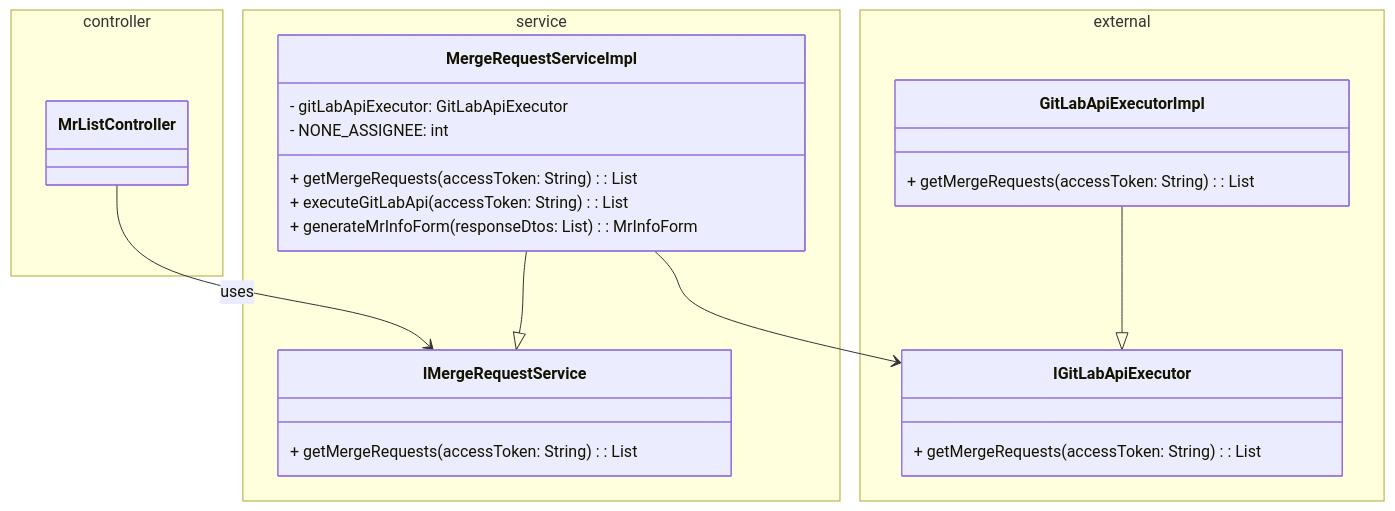
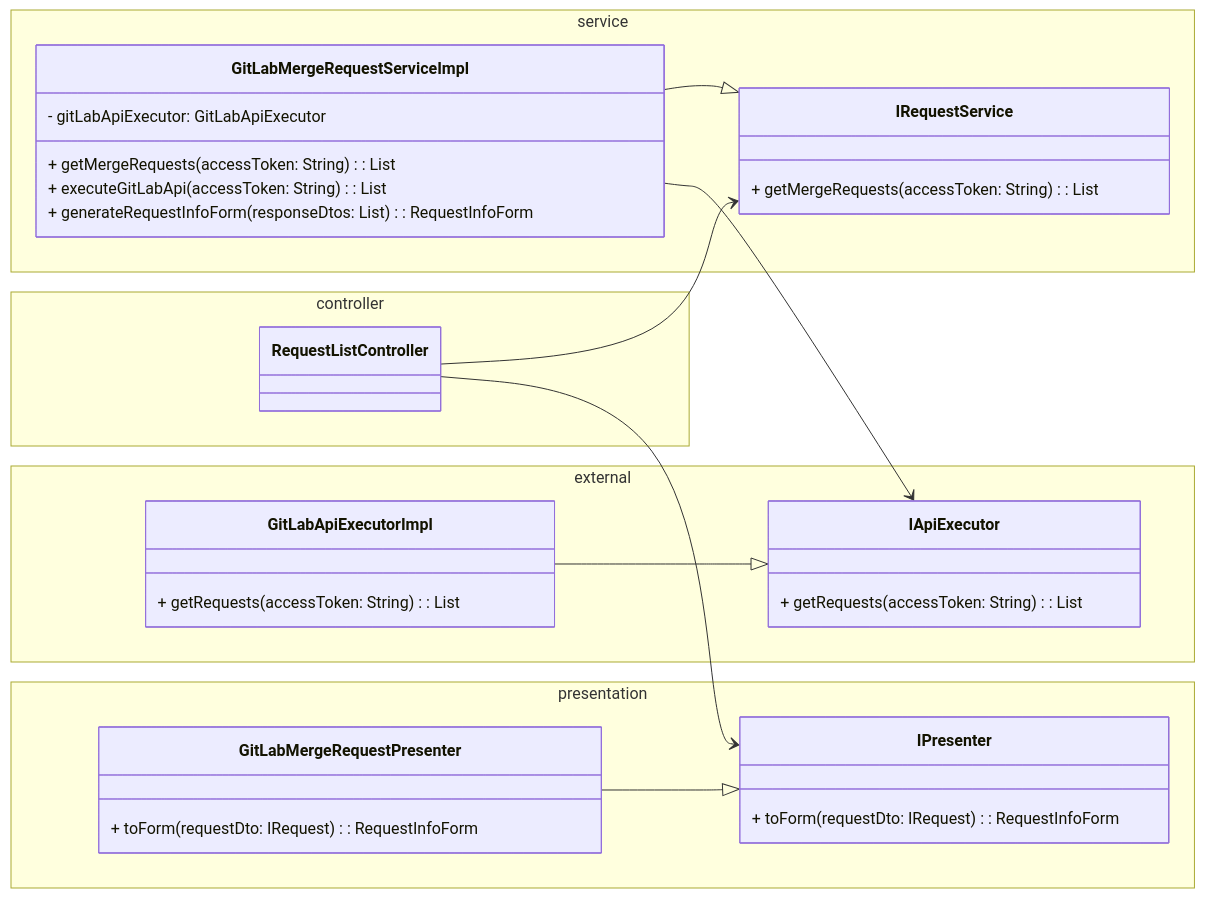
Before and after one commit to tttol/mrls: the diagram in documents/class_after.mmd, drawn with Mermaid. The commit also changed other lines of this file and 1 other file, not shown here.

```diff
--- a/documents/class_after.mmd
+++ b/documents/class_after.mmd
@@ -1,31 +1,50 @@
 classDiagram
+    direction LR
     namespace controller {
-      class MrListController
+      class RequestListController
     }
     namespace service {
-      class IMergeRequestService {
-        + getMergeRequests(accessToken: String): List<MrInfoForm>
+      class IRequestService {
+        + getMergeRequests(accessToken: String): List<RequestInfoForm>
       }
 
-      class MergeRequestServiceImpl {
+      class GitLabMergeRequestServiceImpl {
         - gitLabApiExecutor: GitLabApiExecutor
-        - NONE_ASSIGNEE: int
-        + getMergeRequests(accessToken: String): List<MrInfoForm>
+        + getMergeRequests(accessToken: String): List<RequestInfoForm>
         + executeGitLabApi(accessToken: String): List<GitLabMergeRequestApiResponseDto>
-        + generateMrInfoForm(responseDtos: List<GitLabMergeRequestApiResponseDto>): MrInfoForm
+        + generateRequestInfoForm(responseDtos: List<GitLabMergeRequestApiResponseDto>): RequestInfoForm
       }
     }
     namespace external {
-      class IGitLabApiExecutor {
-        + getMergeRequests(accessToken: String): List<GitLabMergeRequestApiResponseDto>
+      class IApiExecutor {
+        + getRequests(accessToken: String): List<GitLabMergeRequestApiResponseDto>
       }
 
       class GitLabApiExecutorImpl {
-        + getMergeRequests(accessToken: String): List<GitLabMergeRequestApiResponseDto>
+        + getRequests(accessToken: String): List<GitLabMergeRequestApiResponseDto>
       }
     }
 
-    MrListController --> IMergeRequestService : uses
-    MergeRequestServiceImpl --|> IMergeRequestService
-    MergeRequestServiceImpl --> IGitLabApiExecutor
-    GitLabApiExecutorImpl --|> IGitLabApiExecutor
+    namespace presentation {
+      class IPresenter {
+        + toForm (requestDto: IRequest): RequestInfoForm
+      }
+
+      class GitLabMergeRequestPresenter {
+        + toForm (requestDto: IRequest): RequestInfoForm
+      }
+    }
+
+    %% controller
+    RequestListController --> IRequestService
+    RequestListController --> IPresenter
+
+    %% service
+    GitLabMergeRequestServiceImpl --|> IRequestService
+    GitLabMergeRequestServiceImpl --> IApiExecutor
+
+    %% external
+    GitLabApiExecutorImpl --|> IApiExecutor
+
+    %% presentation
+    GitLabMergeRequestPresenter --|> IPresenter
```
